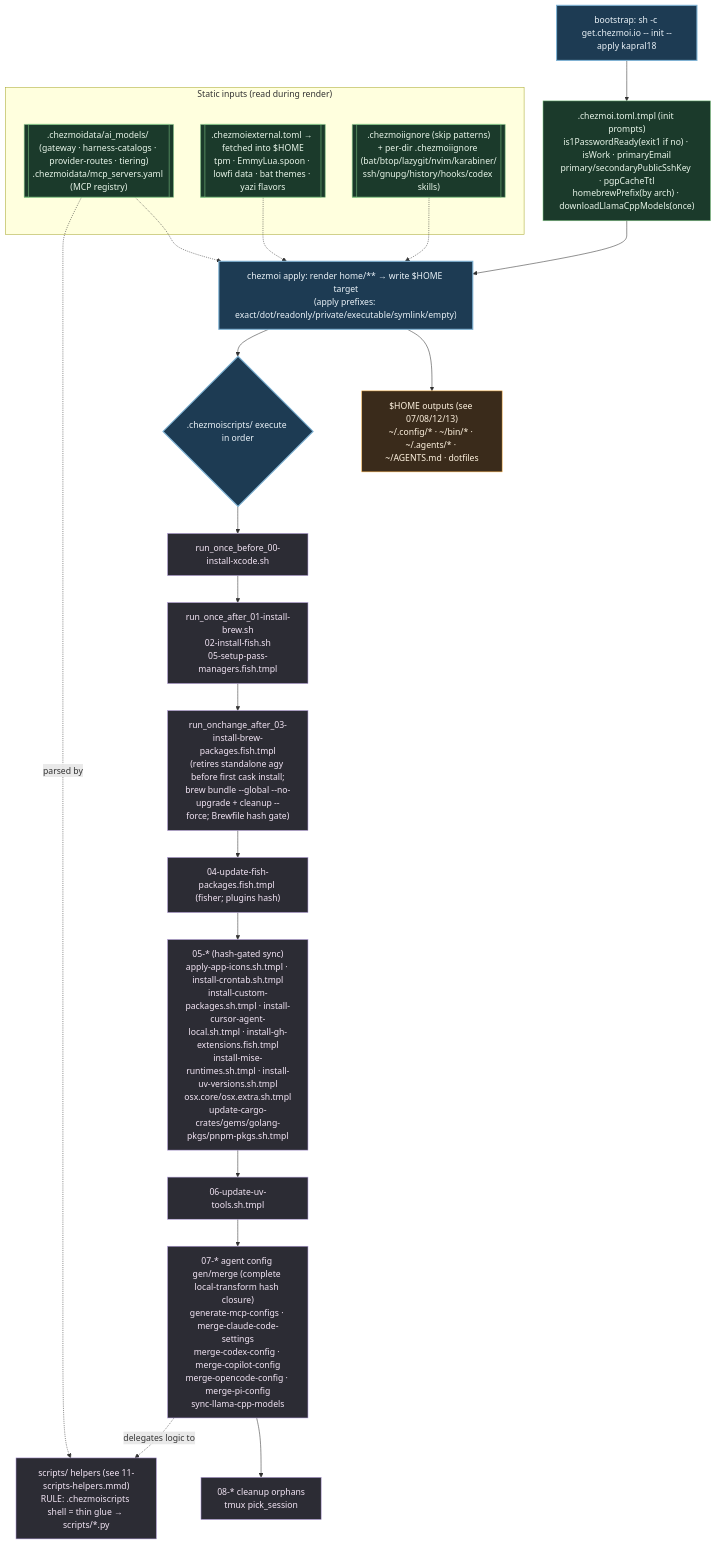
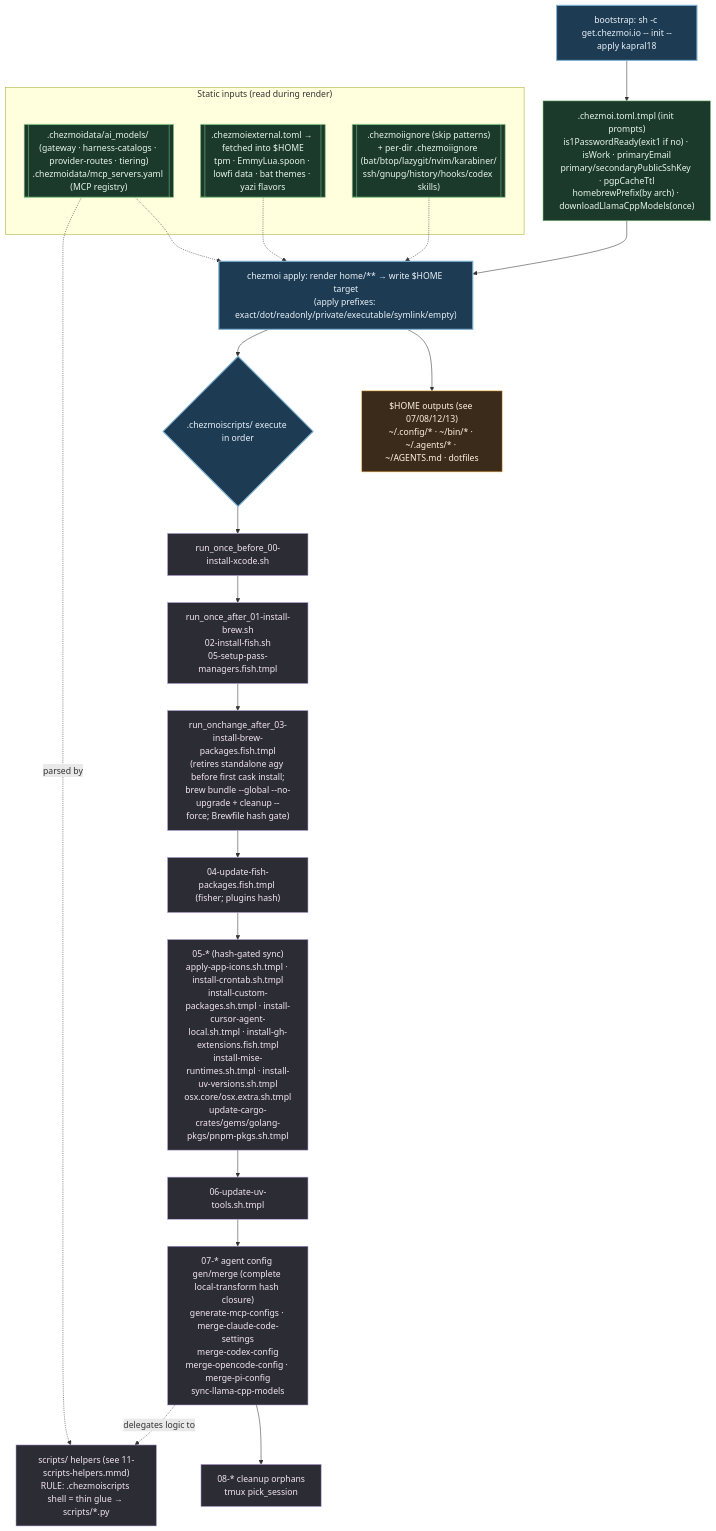
Before and after one commit to kapral18/dotfiles: the diagram in .mermaids/01-chezmoi-pipeline.mmd, drawn with Mermaid. The commit also changed 173 other files, not shown here.

```diff
--- a/.mermaids/01-chezmoi-pipeline.mmd
+++ b/.mermaids/01-chezmoi-pipeline.mmd
@@ -1,41 +1,41 @@
 %% ============================================================================
 %% 01-chezmoi-pipeline.mmd — `chezmoi apply` lifecycle. Names EVERY hook in
-%% home/.chezmoiscripts/ (29) and every config/data input. Hooks run in
+%% home/.chezmoiscripts/ (28) and every config/data input. Hooks run in
 %% filename order: run_once_before < run_once_after < run_onchange_after,
 %% then numeric 00..08 within each class. *.tmpl = templated; .fish.tmpl run
 %% under fish; .sh / .sh.tmpl run under bash.
 %% ============================================================================
 flowchart TD
     classDef phase fill:#1d3b53,stroke:#7fb3d5,color:#eaf2f8,stroke-width:2px;
     classDef data fill:#1b3a2b,stroke:#81c784,color:#e8f5e9;
     classDef script fill:#2c2c34,stroke:#b39ddb,color:#f3e5f5;
     classDef out fill:#3a2b1b,stroke:#ffb74d,color:#fff3e0;
 
     BOOT["bootstrap: sh -c get.chezmoi.io -- init --apply kapral18"]:::phase
     INIT[".chezmoi.toml.tmpl (init prompts)<br/>is1PasswordReady(exit1 if no) · isWork · primaryEmail<br/>primary/secondaryPublicSshKey · pgpCacheTtl<br/>homebrewPrefix(by arch) · downloadLlamaCppModels(once)"]:::data
 
     subgraph INPUTS["Static inputs (read during render)"]
         DATA[[".chezmoidata/ai_models/ (gateway · harness-catalogs · provider-routes · tiering)<br/>.chezmoidata/mcp_servers.yaml (MCP registry)"]]:::data
         EXT[[".chezmoiexternal.toml → fetched into $HOME<br/>tpm · EmmyLua.spoon · lowfi data · bat themes · yazi flavors"]]:::data
         IGN[[".chezmoiignore (skip patterns)<br/>+ per-dir .chezmoiignore (bat/btop/lazygit/nvim/karabiner/<br/>ssh/gnupg/history/hooks/codex skills)"]]:::data
     end
 
     BOOT --> INIT --> APPLY
     DATA & EXT & IGN -.-> APPLY
 
     APPLY["chezmoi apply: render home/** → write $HOME target<br/>(apply prefixes: exact/dot/readonly/private/executable/symlink/empty)"]:::phase
     APPLY --> TARGETS["$HOME outputs (see 07/08/12/13)<br/>~/.config/* · ~/bin/* · ~/.agents/* · ~/AGENTS.md · dotfiles"]:::out
 
     APPLY --> HOOKS{".chezmoiscripts/ execute in order"}:::phase
 
     HOOKS --> B0["run_once_before_00-install-xcode.sh"]:::script
     B0 --> A01["run_once_after_01-install-brew.sh<br/>02-install-fish.sh<br/>05-setup-pass-managers.fish.tmpl"]:::script
     A01 --> C03["run_onchange_after_03-install-brew-packages.fish.tmpl<br/>(retires standalone agy before first cask install;<br/>brew bundle --global --no-upgrade + cleanup --force; Brewfile hash gate)"]:::script
     C03 --> C04["04-update-fish-packages.fish.tmpl (fisher; plugins hash)"]:::script
     C04 --> C05["05-* (hash-gated sync)<br/>apply-app-icons.sh.tmpl · install-crontab.sh.tmpl<br/>install-custom-packages.sh.tmpl · install-cursor-agent-local.sh.tmpl · install-gh-extensions.fish.tmpl<br/>install-mise-runtimes.sh.tmpl · install-uv-versions.sh.tmpl<br/>osx.core/osx.extra.sh.tmpl<br/>update-cargo-crates/gems/golang-pkgs/pnpm-pkgs.sh.tmpl"]:::script
     C05 --> C06["06-update-uv-tools.sh.tmpl"]:::script
-    C06 --> C07["07-* agent config gen/merge (complete local-transform hash closure)<br/>generate-mcp-configs · merge-claude-code-settings<br/>merge-codex-config · merge-copilot-config<br/>merge-opencode-config · merge-pi-config<br/>sync-llama-cpp-models"]:::script
+    C06 --> C07["07-* agent config gen/merge (complete local-transform hash closure)<br/>generate-mcp-configs · merge-claude-code-settings<br/>merge-codex-config<br/>merge-opencode-config · merge-pi-config<br/>sync-llama-cpp-models"]:::script
     C07 --> C08["08-* cleanup orphans<br/>tmux pick_session"]:::script
 
     C07 -. delegates logic to .-> HELP["scripts/ helpers (see 11-scripts-helpers.mmd)<br/>RULE: .chezmoiscripts shell = thin glue → scripts/*.py"]:::script
     DATA -.parsed by.-> HELP
```
